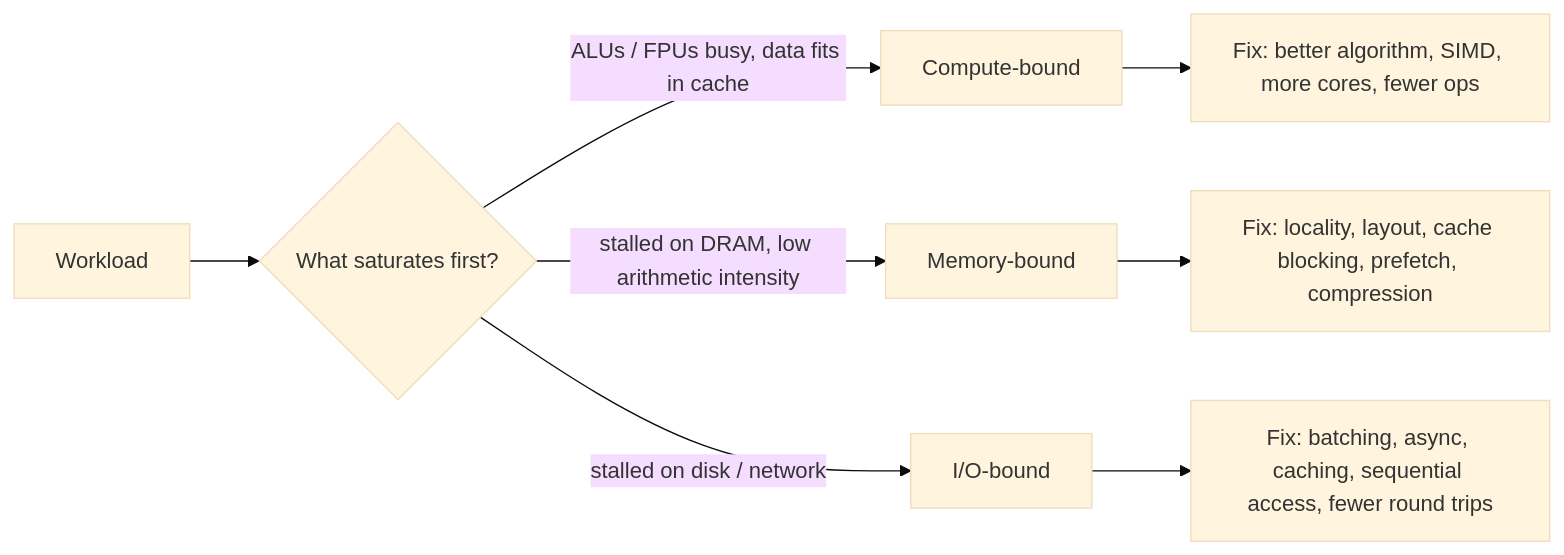
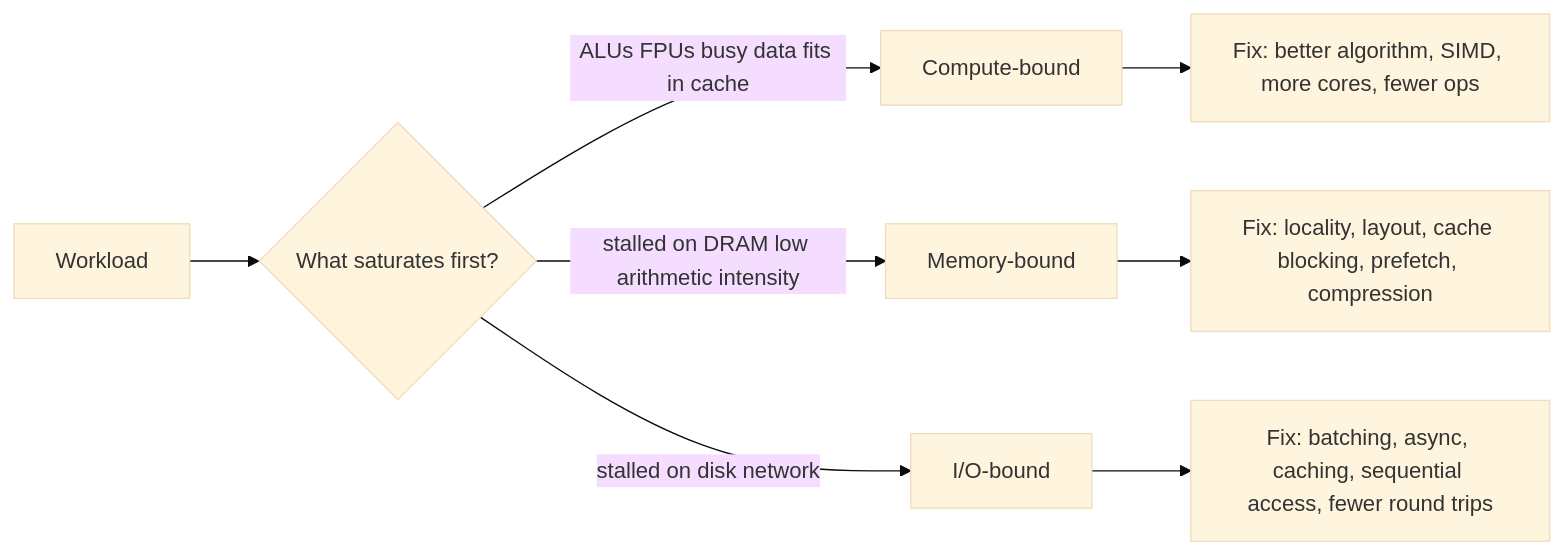
Before and after one commit to bumbsclaw/textbooks: the fourth of 7 diagrams in vol-01-computer-architecture/ch01-mechanical-sympathy.md, drawn with Mermaid (base theme). The commit also changed other lines of this file and 173 other files, not shown here.

First line of the commit message:
fix(mermaid): close note brackets, semicolons in Notes, stateDiagram br -> dash, edge parens

````diff
--- a/vol-01-computer-architecture/ch01-mechanical-sympathy.md
+++ b/vol-01-computer-architecture/ch01-mechanical-sympathy.md
@@ -346,10 +339,10 @@
 ```mermaid
 flowchart LR
     W["Workload"] --> Q{"What saturates first?"}
-    Q -->|"ALUs / FPUs busy, data fits in cache"| C["Compute-bound"]
-    Q -->|"stalled on DRAM, low arithmetic intensity"| M["Memory-bound"]
-    Q -->|"stalled on disk / network"| I["I/O-bound"]
+    Q -->|"ALUs FPUs busy data fits in cache"| C["Compute-bound"]
+    Q -->|"stalled on DRAM low arithmetic intensity"| M["Memory-bound"]
+    Q -->|"stalled on disk network"| I["I/O-bound"]
     C --> CF["Fix: better algorithm, SIMD, more cores, fewer ops"]
     M --> MF["Fix: locality, layout, cache blocking, prefetch, compression"]
     I --> IF["Fix: batching, async, caching, sequential access, fewer round trips"]
 ```
````
